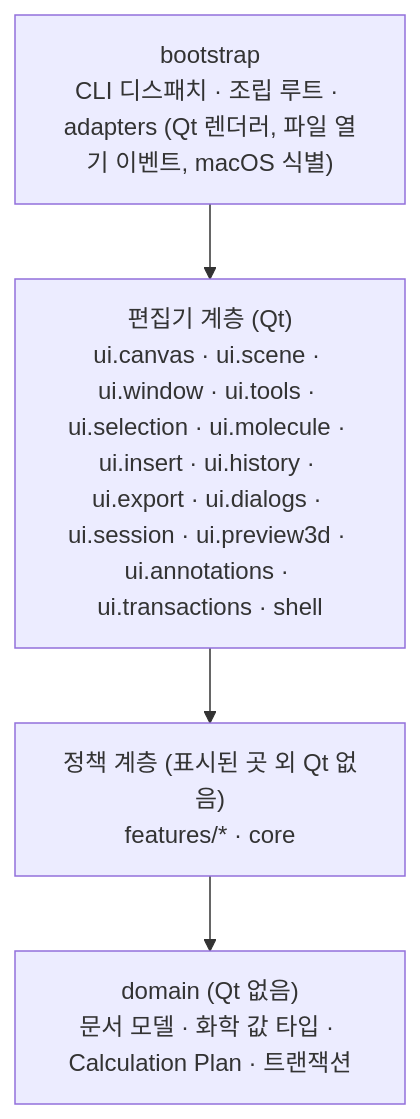
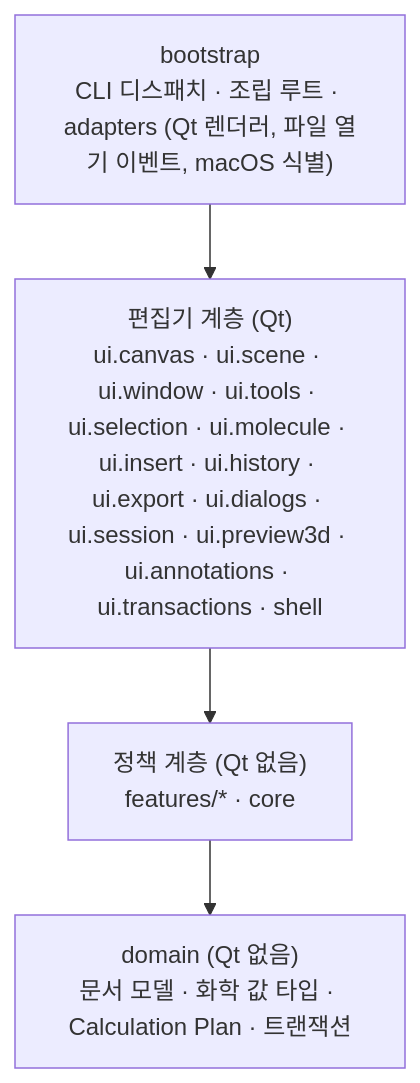
The first of 4 diagrams in docs/ARCHITECTURE.ko.md (dhsohn/Chemvas), drawn with Mermaid before and after one commit. The commit also changed other lines of this file and 93 other files, not shown here.

````diff
--- a/docs/ARCHITECTURE.ko.md
+++ b/docs/ARCHITECTURE.ko.md
@@ -9,10 +9,10 @@
 ```mermaid
 flowchart TB
     bootstrap["bootstrap<br/>CLI 디스패치 · 조립 루트 · adapters (Qt 렌더러, 파일 열기 이벤트, macOS 식별)"]
     editor["편집기 계층 (Qt)<br/>ui.canvas · ui.scene · ui.window · ui.tools · ui.selection · ui.molecule · ui.insert · ui.history · ui.export · ui.dialogs · ui.session · ui.preview3d · ui.annotations · ui.transactions · shell"]
-    policy["정책 계층 (표시된 곳 외 Qt 없음)<br/>features/* · core"]
+    policy["정책 계층 (Qt 없음)<br/>features/* · core"]
     domain["domain (Qt 없음)<br/>문서 모델 · 화학 값 타입 · Calculation Plan · 트랜잭션"]
     bootstrap --> editor
     editor --> policy
     policy --> domain
 ```
````
